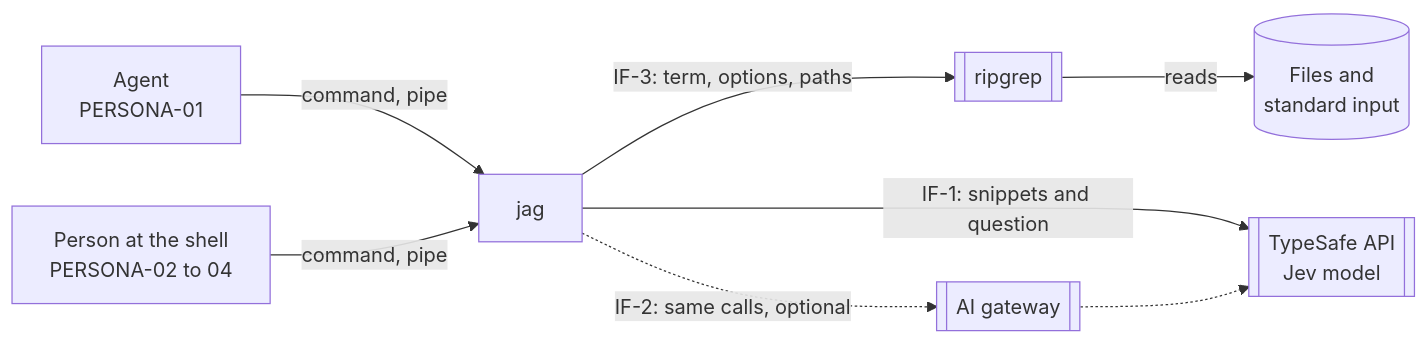
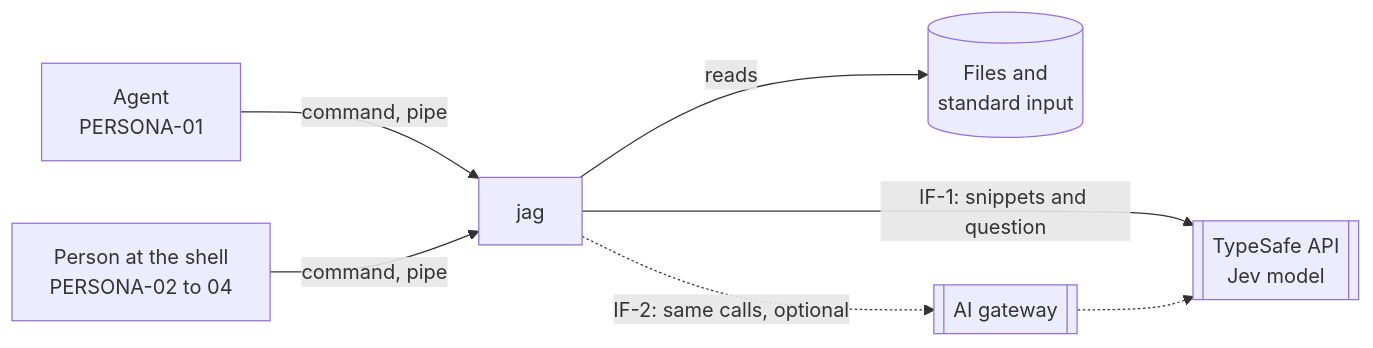
One commit to 404pilo/jag-fork-test changed the first of 2 diagrams in docs/product/system-design.md. Above: the diagram before and after it, drawn with Mermaid. The commit also changed other lines of this file, not shown here.

````diff
--- a/docs/product/system-design.md
+++ b/docs/product/system-design.md
@@ -132,10 +132,9 @@
 ```mermaid
 flowchart LR
   agent[Agent<br/>PERSONA-01] -->|command, pipe| jag
   person[Person at the shell<br/>PERSONA-02 to 04] -->|command, pipe| jag
-  jag[jag] -->|IF-3: term, options, paths| rg[[ripgrep]]
-  rg -->|reads| files[(Files and<br/>standard input)]
+  jag[jag] -->|reads| files[(Files and<br/>standard input)]
   jag -->|IF-1: snippets and question| typesafe[[TypeSafe API<br/>Jev model]]
   jag -.->|IF-2: same calls, optional| gateway[[AI gateway]]
   gateway -.-> typesafe
 ```
````
